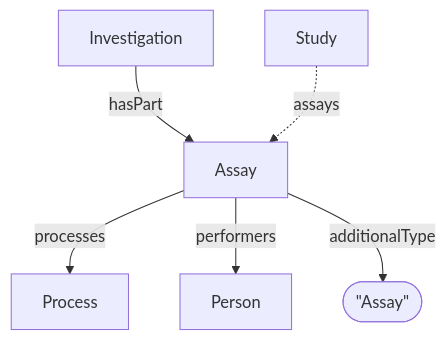
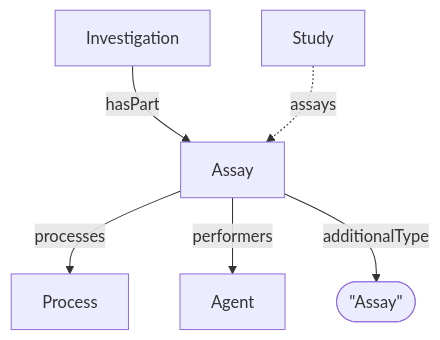
The diagram in docs/spec/decorations/isa/Assay.md (HLWeil/ProcessCore), drawn with Mermaid before and after one commit. The commit also changed other lines of this file and 60 other files, not shown here.

````diff
--- a/docs/spec/decorations/isa/Assay.md
+++ b/docs/spec/decorations/isa/Assay.md
@@ -26,12 +26,12 @@
 ```mermaid
 flowchart TD
 
     at@{ shape: stadium, label: "\"Assay\"" }
 
     Investigation --hasPart--> Assay
     Study -.assays.-> Assay
     Assay --processes--> Process
-    Assay --performers--> Person
+    Assay --performers--> Agent
     Assay --additionalType--> at
 
 ```
````
